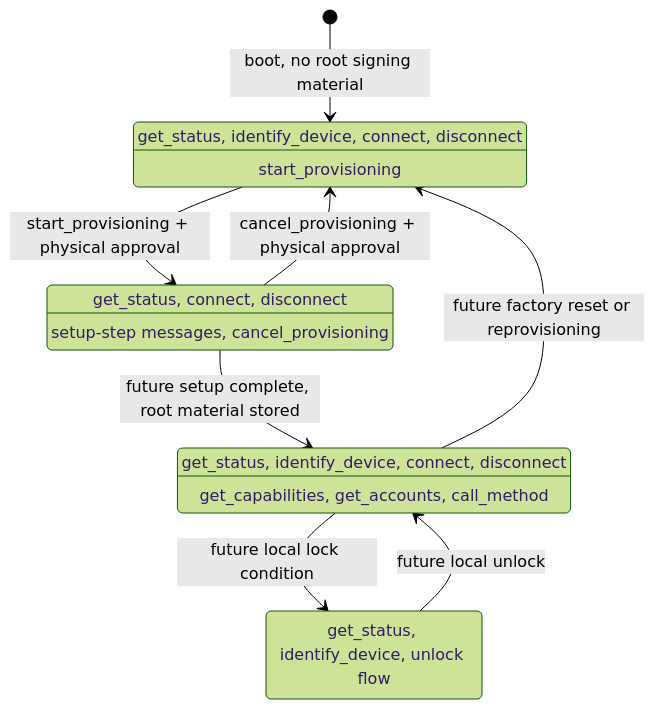
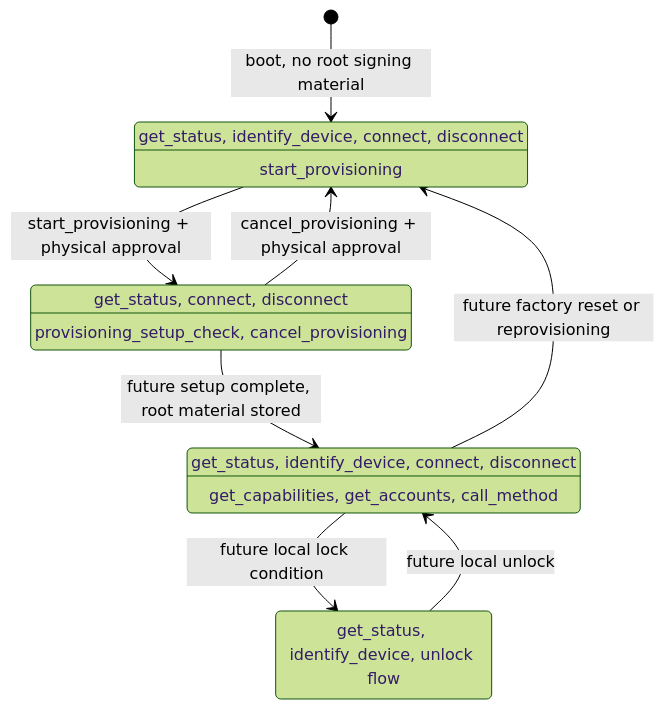
One commit to stelis-dev/agent-q changed the first of 2 diagrams in docs/STATE_MODEL.md. Above: the diagram before and after it, drawn with Mermaid (forest theme). The commit also changed other lines of this file and 7 other files, not shown here.

Commit message:
Add provisioning setup check

````diff
--- a/docs/STATE_MODEL.md
+++ b/docs/STATE_MODEL.md
@@ -33,18 +33,18 @@
 ```mermaid
 stateDiagram-v2
     [*] --> Unprovisioned: boot, no root signing material
     Unprovisioned --> Provisioning: start_provisioning + physical approval
     Provisioning --> Unprovisioned: cancel_provisioning + physical approval
     Provisioning --> Provisioned: future setup complete, root material stored
     Provisioned --> Locked: future local lock condition
     Locked --> Provisioned: future local unlock
     Provisioned --> Unprovisioned: future factory reset or reprovisioning
 
     Unprovisioned: get_status, identify_device, connect, disconnect
     Unprovisioned: start_provisioning
     Provisioning: get_status, connect, disconnect
-    Provisioning: setup-step messages, cancel_provisioning
+    Provisioning: provisioning_setup_check, cancel_provisioning
     Provisioned: get_status, identify_device, connect, disconnect
     Provisioned: get_capabilities, get_accounts, call_method
     Locked: get_status, identify_device, unlock flow
 ```
````
